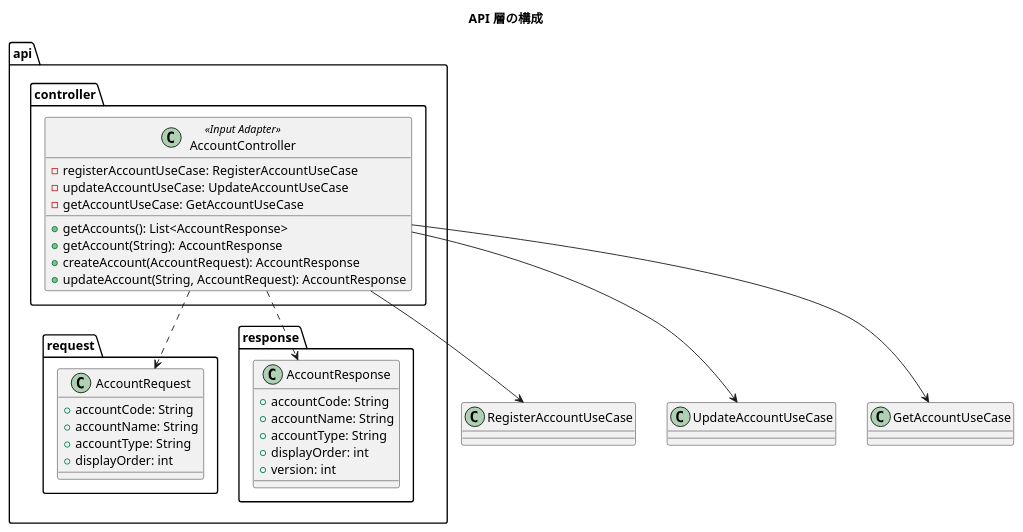
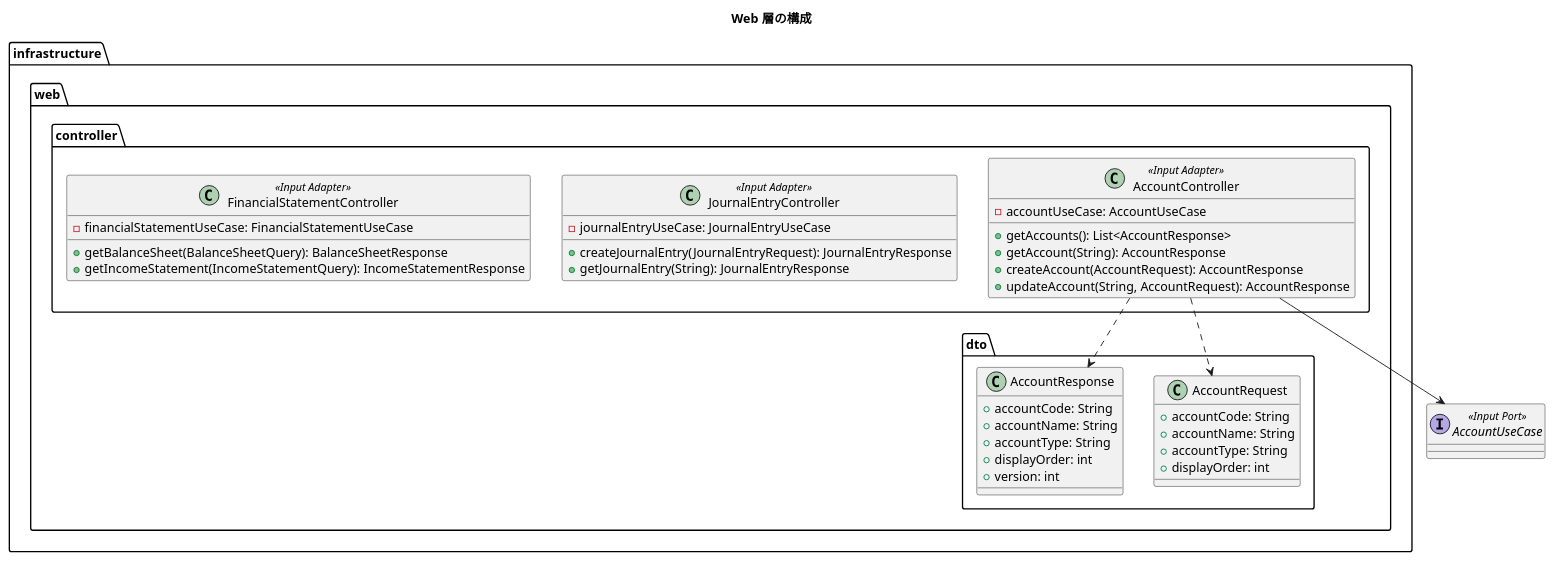
The fifth of 6 diagrams in docs/design/architecture_backend.md (k2works/case-study-accounting), drawn with PlantUML before and after one commit. The commit also changed other lines of this file, not shown here.

First line of the commit message:
docs(design): architecture_backend.md の整合性を修正

````diff
--- a/docs/design/architecture_backend.md
+++ b/docs/design/architecture_backend.md
@@ -457,42 +499,50 @@
 ```plantuml
 @startuml
-title API 層の構成
+title Web 層の構成
 
-package "api.controller" {
+package "infrastructure.web.controller" {
   class AccountController <<Input Adapter>> {
-    - registerAccountUseCase: RegisterAccountUseCase
-    - updateAccountUseCase: UpdateAccountUseCase
-    - getAccountUseCase: GetAccountUseCase
+    - accountUseCase: AccountUseCase
     + getAccounts(): List<AccountResponse>
     + getAccount(String): AccountResponse
     + createAccount(AccountRequest): AccountResponse
     + updateAccount(String, AccountRequest): AccountResponse
   }
+
+  class JournalEntryController <<Input Adapter>> {
+    - journalEntryUseCase: JournalEntryUseCase
+    + createJournalEntry(JournalEntryRequest): JournalEntryResponse
+    + getJournalEntry(String): JournalEntryResponse
+  }
+
+  class FinancialStatementController <<Input Adapter>> {
+    - financialStatementUseCase: FinancialStatementUseCase
+    + getBalanceSheet(BalanceSheetQuery): BalanceSheetResponse
+    + getIncomeStatement(IncomeStatementQuery): IncomeStatementResponse
+  }
 }
 
-package "api.request" {
+package "infrastructure.web.dto" {
   class AccountRequest {
     + accountCode: String
     + accountName: String
     + accountType: String
     + displayOrder: int
   }
-}
 
-package "api.response" {
   class AccountResponse {
     + accountCode: String
     + accountName: String
     + accountType: String
     + displayOrder: int
     + version: int
   }
 }
 
-AccountController --> RegisterAccountUseCase
-AccountController --> UpdateAccountUseCase
-AccountController --> GetAccountUseCase
+interface AccountUseCase <<Input Port>>
+
+AccountController --> AccountUseCase
 AccountController ..> AccountRequest
 AccountController ..> AccountResponse
 @enduml
 ```
````
